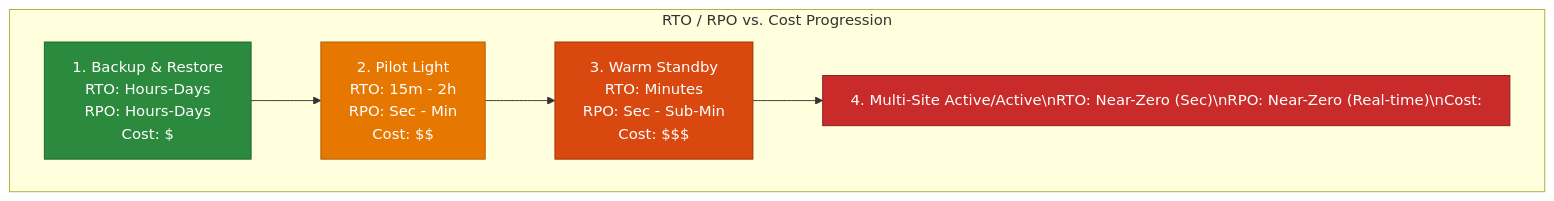
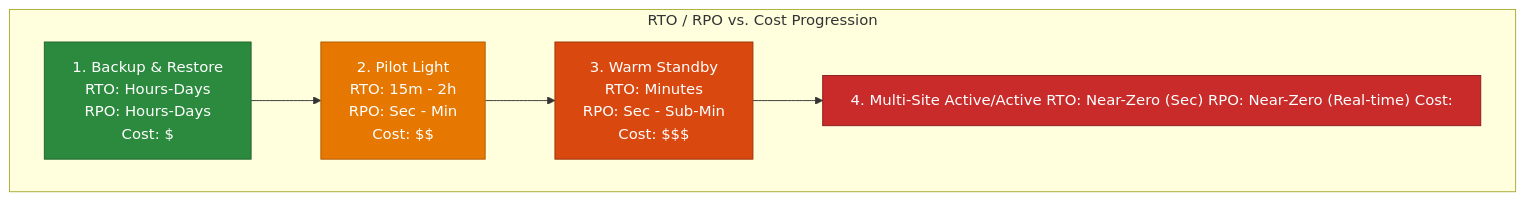
One commit to ReginRavi/AIP-C01 changed the fourth of 7 diagrams in Professional/1.3 Recovery time objectives (RTOs) and recovery point objectives (RPOs).md. Above: the diagram before and after it, drawn with Mermaid. The commit also changed other lines of this file and 1 other file, not shown here.

Commit message:
Fix Mermaid diagram syntax in 1.3 and 1.4 study notes

````diff
--- a/Professional/1.3 Recovery time objectives (RTOs) and recovery point objectives (RPOs).md
+++ b/Professional/1.3 Recovery time objectives (RTOs) and recovery point objectives (RPOs).md
@@ -89,19 +90,19 @@
 ```mermaid
 flowchart LR
     subgraph Progression["RTO / RPO vs. Cost Progression"]
         direction LR
-        BR["1. Backup & Restore\nRTO: Hours-Days\nRPO: Hours-Days\nCost: $"] --> PL["2. Pilot Light\nRTO: 15m - 2h\nRPO: Sec - Min\nCost: $$"]
-        PL --> WS["3. Warm Standby\nRTO: Minutes\nRPO: Sec - Sub-Min\nCost: $$$"]
-        WS --> AA["4. Multi-Site Active/Active\nRTO: Near-Zero (Sec)\nRPO: Near-Zero (Real-time)\nCost: $$$$"]
+        BR["1. Backup & Restore<br/>RTO: Hours-Days<br/>RPO: Hours-Days<br/>Cost: $"] --> PL["2. Pilot Light<br/>RTO: 15m - 2h<br/>RPO: Sec - Min<br/>Cost: $$"]
+        PL --> WS["3. Warm Standby<br/>RTO: Minutes<br/>RPO: Sec - Sub-Min<br/>Cost: $$$"]
+        WS --> AA["4. Multi-Site Active/Active<br/>RTO: Near-Zero (Sec)<br/>RPO: Near-Zero (Real-time)<br/>Cost: $$$$"]
     end
 
     classDef c1 fill:#2b8a3e,stroke:#1e632b,color:#ffffff;
     classDef c2 fill:#e67700,stroke:#b05a00,color:#ffffff;
     classDef c3 fill:#d9480f,stroke:#9c3207,color:#ffffff;
     classDef c4 fill:#c92a2a,stroke:#861b1b,color:#ffffff;
 
     class BR c1;
     class PL c2;
     class WS c3;
     class AA c4;
 ```
````
